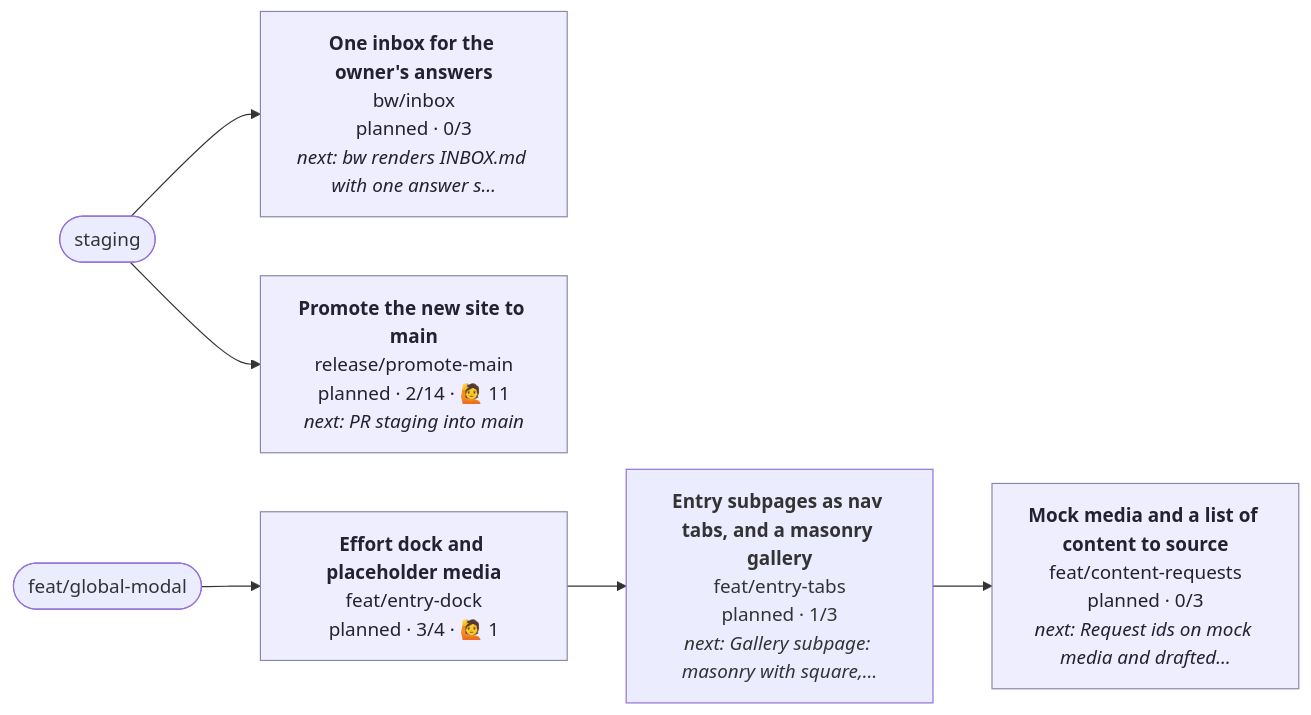
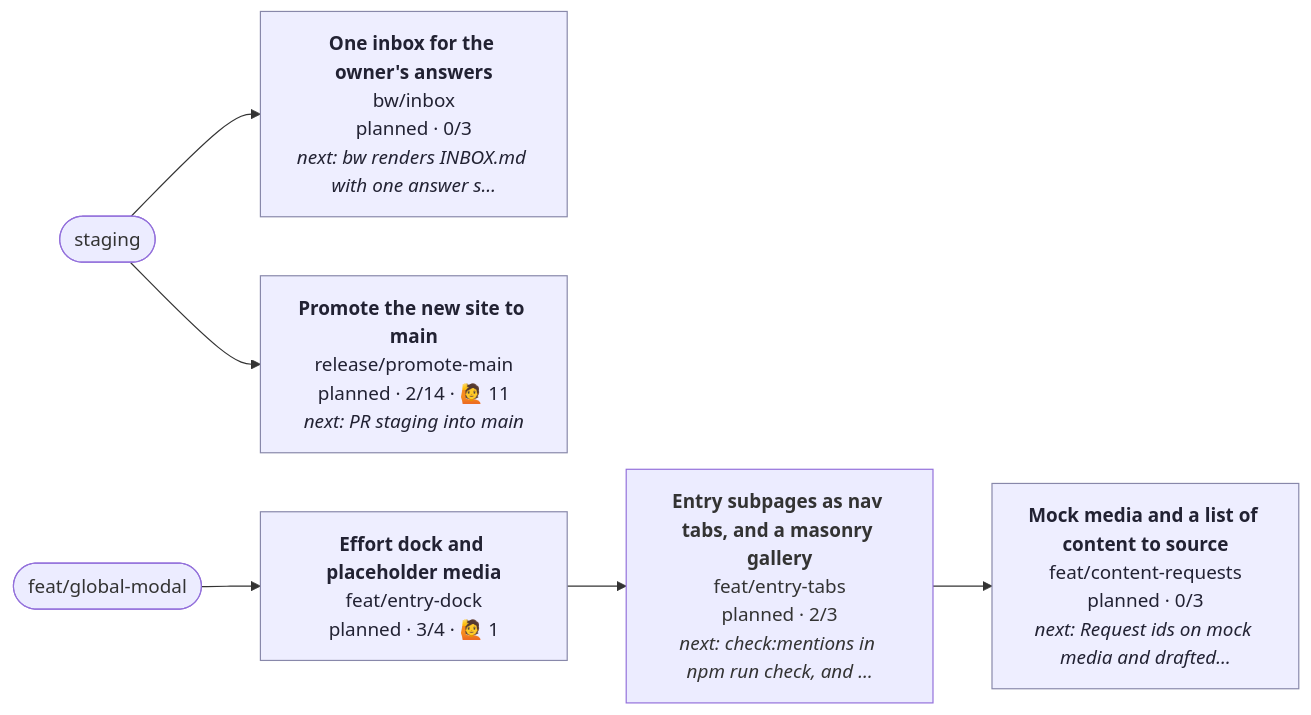
One commit to henryjonescodes/portfolio changed the diagram in CONTRIBUTING.md. Above: the diagram before and after it, drawn with Mermaid. The commit also changed other lines of this file, not shown here.

````diff
--- a/CONTRIBUTING.md
+++ b/CONTRIBUTING.md
@@ -5,25 +5,25 @@
 ```mermaid
 flowchart LR
   n_staging([staging])
   n_feat_global_modal([feat/global-modal])
   n_bw_inbox["<b>One inbox for the owner's answers</b><br/>bw/inbox<br/>planned · 0/3<br/><i>next: bw renders INBOX.md with one answer s…</i>"]
   class n_bw_inbox planned
   n_staging --> n_bw_inbox
   n_feat_content_requests["<b>Mock media and a list of content to source</b><br/>feat/content-requests<br/>planned · 0/3<br/><i>next: Request ids on mock media and drafted…</i>"]
   class n_feat_content_requests planned
   n_feat_entry_tabs --> n_feat_content_requests
   n_feat_entry_dock["<b>Effort dock and placeholder media</b><br/>feat/entry-dock<br/>planned · 3/4 · 🙋 1"]
   class n_feat_entry_dock planned
   n_feat_global_modal --> n_feat_entry_dock
-  n_feat_entry_tabs["<b>Entry subpages as nav tabs, and a masonry gallery</b><br/>feat/entry-tabs<br/>planned · 1/3<br/><i>next: Gallery subpage: masonry with square,…</i>"]
+  n_feat_entry_tabs["<b>Entry subpages as nav tabs, and a masonry gallery</b><br/>feat/entry-tabs<br/>planned · 2/3<br/><i>next: check:mentions in npm run check, and …</i>"]
   class n_feat_entry_tabs planned,current
   n_feat_entry_dock --> n_feat_entry_tabs
   n_release_promote_main["<b>Promote the new site to main</b><br/>release/promote-main<br/>planned · 2/14 · 🙋 11<br/><i>next: PR staging into main</i>"]
   class n_release_promote_main planned
   n_staging --> n_release_promote_main
   classDef planned fill:#eef,stroke:#88a,color:#223
   classDef active fill:#dfd,stroke:#3a3,stroke-width:3px,color:#132
   classDef blocked fill:#fdd,stroke:#c33,color:#311
   classDef review fill:#ffd,stroke:#cc3,color:#331
   classDef current stroke:#06c,stroke-width:4px
 ```
````
